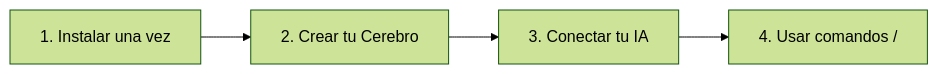
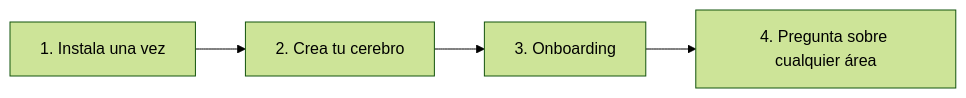
One commit to CarlosLeonCode/clc-copilot-brain changed the diagram in README.es.md. Above: the diagram before and after it, drawn with Mermaid (forest theme). The commit also changed other lines of this file and 1 other file, not shown here.

````diff
--- a/README.es.md
+++ b/README.es.md
@@ -33,6 +131,4 @@
 ```mermaid
 flowchart LR
-    A["1. Instalar una vez"] --> B["2. Crear tu Cerebro"]
-    B --> C["3. Conectar tu IA"]
-    C --> D["4. Usar comandos /"]
+    A["1. Instala una vez"] --> B["2. Crea tu cerebro"] --> C["3. Onboarding"] --> D["4. Pregunta sobre cualquier área"]
 ```
````
